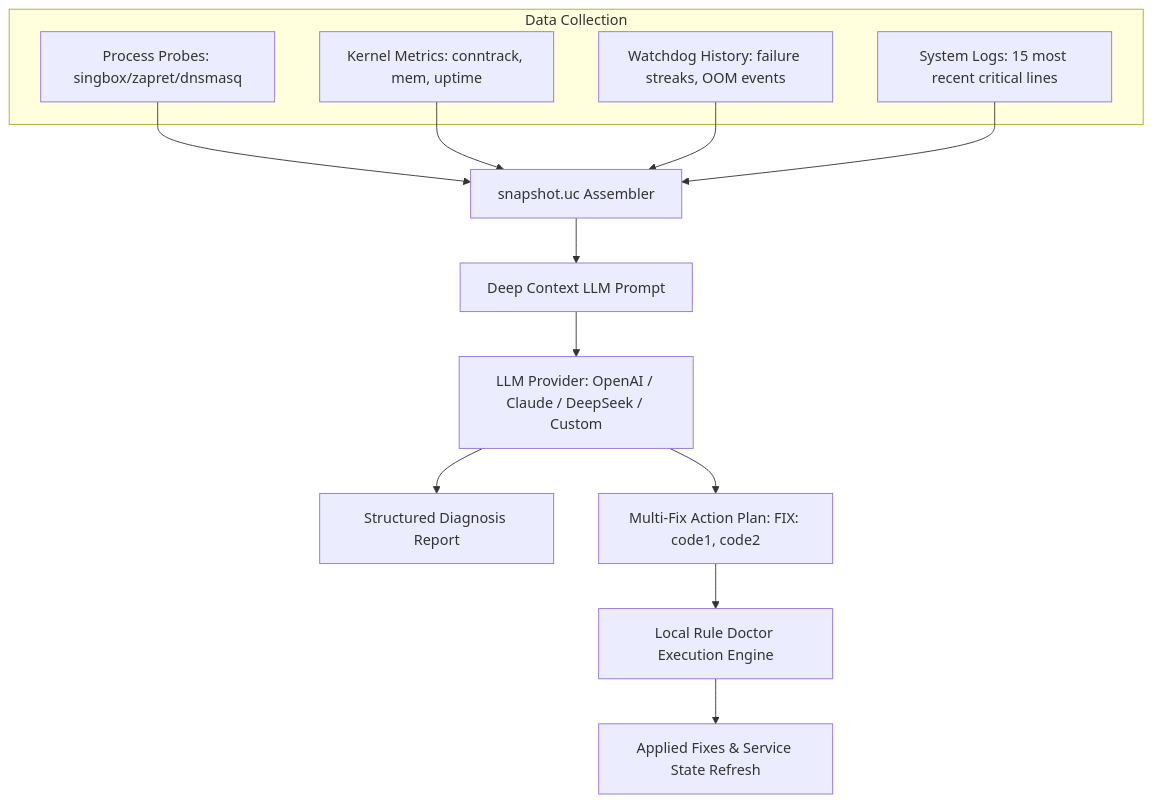
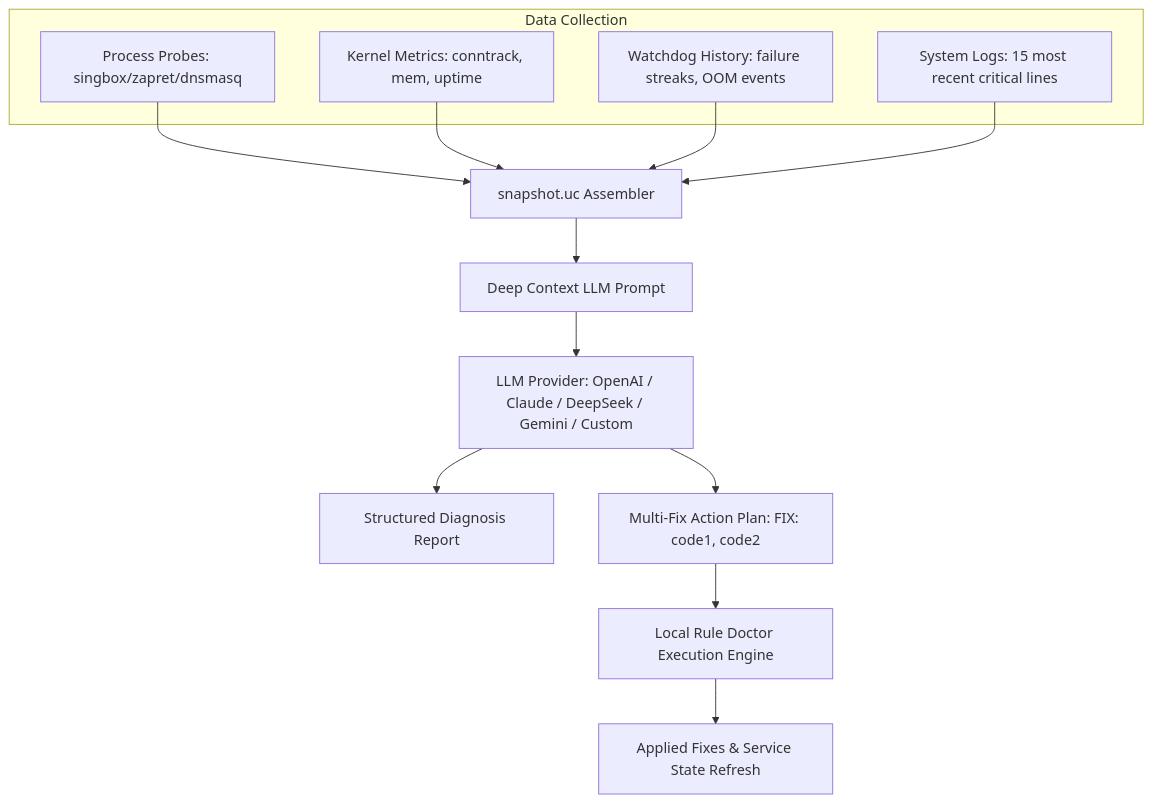
One commit to Dushnilin/tachyon changed the diagram in docs/knowledge-base/05_AI_STACK_AND_AUTONOMOUS_DOCTOR.md. Above: the diagram before and after it, drawn with Mermaid. The commit also changed other lines of this file and 17 other files, not shown here.

````diff
--- a/docs/knowledge-base/05_AI_STACK_AND_AUTONOMOUS_DOCTOR.md
+++ b/docs/knowledge-base/05_AI_STACK_AND_AUTONOMOUS_DOCTOR.md
@@ -18,23 +18,23 @@
 ```mermaid
 graph TD
     subgraph Data Collection
         R1[Process Probes: singbox/zapret/dnsmasq]
         R2[Kernel Metrics: conntrack, mem, uptime]
         R3[Watchdog History: failure streaks, OOM events]
         R4[System Logs: 15 most recent critical lines]
     end
 
     R1 --> Aggregator[snapshot.uc Assembler]
     R2 --> Aggregator
     R3 --> Aggregator
     R4 --> Aggregator
 
     Aggregator --> Prompt[Deep Context LLM Prompt]
-    Prompt --> LLM[LLM Provider: OpenAI / Claude / DeepSeek / Custom]
+    Prompt --> LLM[LLM Provider: OpenAI / Claude / DeepSeek / Gemini / Custom]
     
     LLM --> Verdict[Structured Diagnosis Report]
     LLM --> MultiFix[Multi-Fix Action Plan: FIX: code1, code2]
     
     MultiFix --> Exec[Local Rule Doctor Execution Engine]
     Exec --> Result[Applied Fixes & Service State Refresh]
 ```
````
